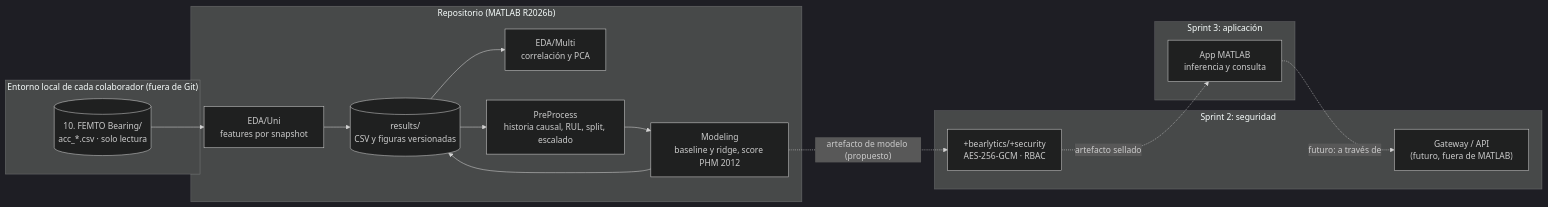
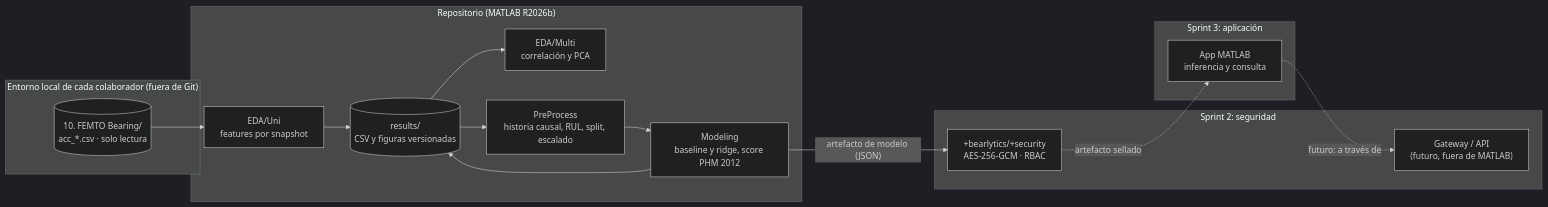
The diagram in docs/arquitectura.md (JustEswick/Bearlytics), drawn with Mermaid (dark theme) before and after one commit. The commit also changed other lines of this file and 1 other file, not shown here.

Commit message:
docs(modeling): documenta el artefacto y actualiza los contratos entre sprints

````diff
--- a/docs/arquitectura.md
+++ b/docs/arquitectura.md
@@ -56,30 +56,30 @@
 ```mermaid
 flowchart LR
     subgraph local["Entorno local de cada colaborador (fuera de Git)"]
         DS[("10. FEMTO Bearing/<br/>acc_*.csv · solo lectura")]
     end
 
     subgraph repo["Repositorio (MATLAB R2026b)"]
         UNI["EDA/Uni<br/>features por snapshot"]
         MULTI["EDA/Multi<br/>correlación y PCA"]
         PRE["PreProcess<br/>historia causal, RUL, split, escalado"]
         MOD["Modeling<br/>baseline y ridge, score PHM 2012"]
         RES[("results/<br/>CSV y figuras versionadas")]
     end
 
     subgraph sec["Sprint 2: seguridad"]
         SEAL["+bearlytics/+security<br/>AES-256-GCM · RBAC"]
         GW["Gateway / API<br/>(futuro, fuera de MATLAB)"]
     end
 
     subgraph app["Sprint 3: aplicación"]
         APP["App MATLAB<br/>inferencia y consulta"]
     end
 
     DS --> UNI --> RES
     RES --> MULTI
     RES --> PRE --> MOD --> RES
-    MOD -. "artefacto de modelo (propuesto)" .-> SEAL
+    MOD -- "artefacto de modelo (JSON)" --> SEAL
     SEAL -. "artefacto sellado" .-> APP
     APP -. "futuro: a través de" .-> GW
 ```
````
